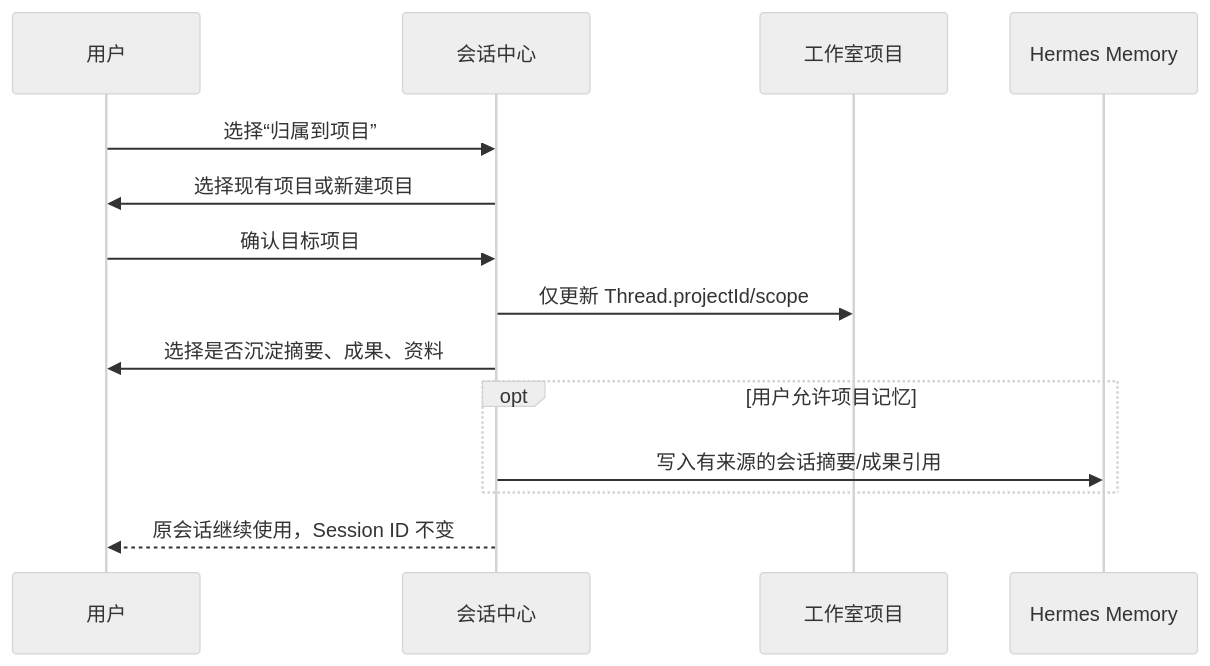
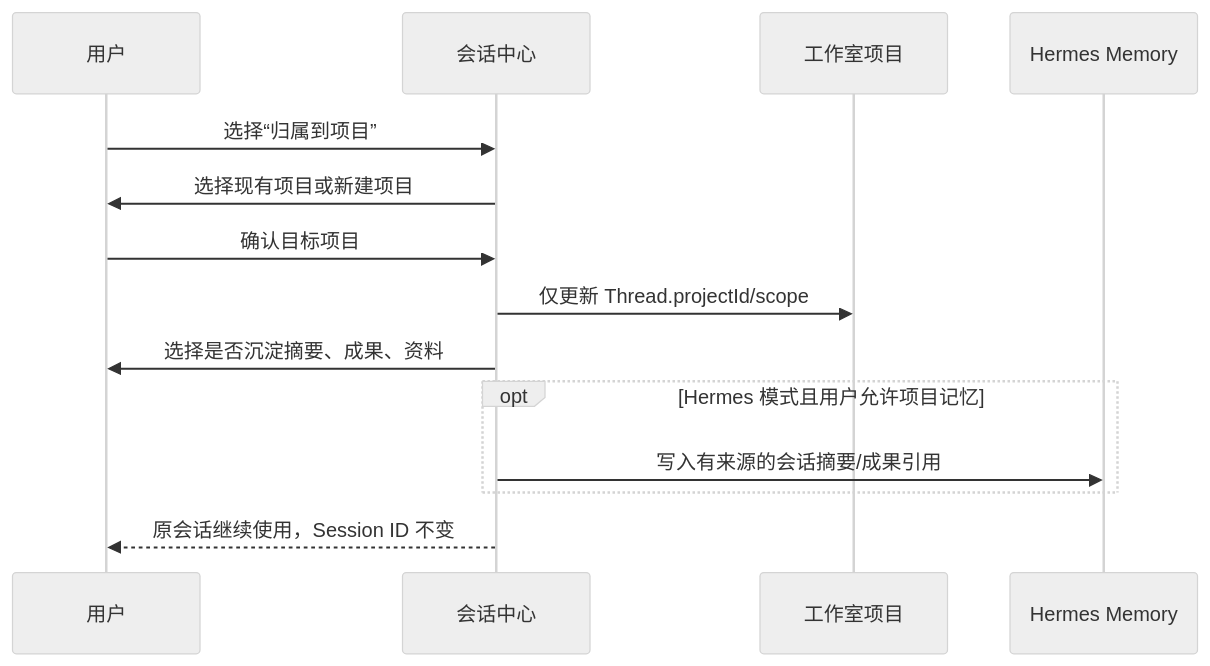
One commit to MarkingYang/sophonote changed the third of 5 diagrams in docs/PRD.md. Above: the diagram before and after it, drawn with Mermaid (neutral theme). The commit also changed other lines of this file and 119 other files, not shown here.

````diff
--- a/docs/PRD.md
+++ b/docs/PRD.md
@@ -223,17 +255,17 @@
 ```mermaid
 sequenceDiagram
   participant U as 用户
   participant C as 会话中心
   participant P as 工作室项目
   participant H as Hermes Memory
 
   U->>C: 选择“归属到项目”
   C->>U: 选择现有项目或新建项目
   U->>C: 确认目标项目
   C->>P: 仅更新 Thread.projectId/scope
   C->>U: 选择是否沉淀摘要、成果、资料
-  opt 用户允许项目记忆
+  opt Hermes 模式且用户允许项目记忆
     C->>H: 写入有来源的会话摘要/成果引用
   end
   C-->>U: 原会话继续使用，Session ID 不变
 ```
````
